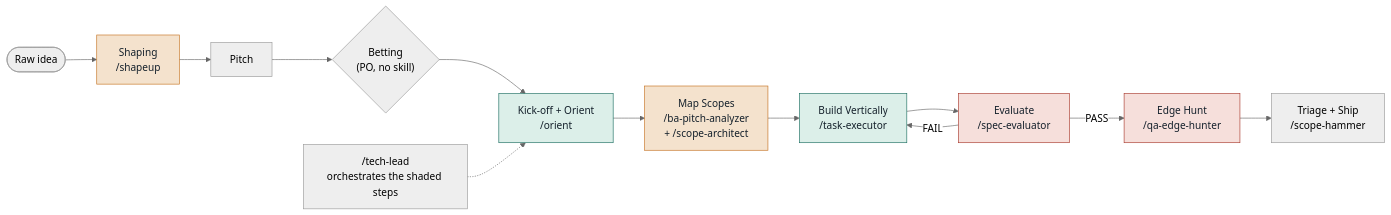
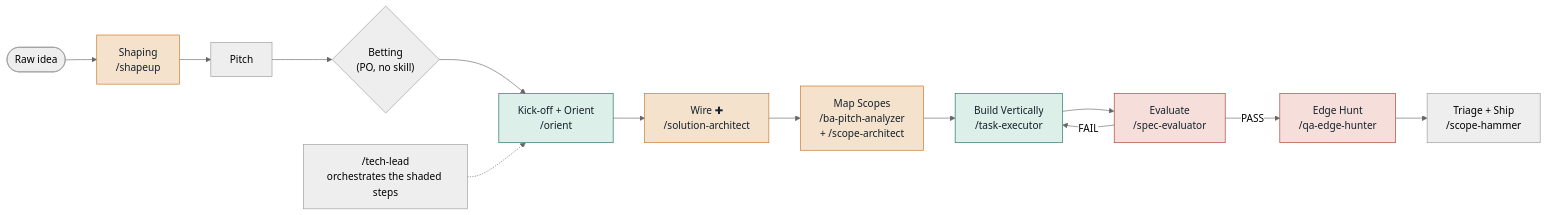
One commit to nguyenvanphituoc/shapeup-sdlc-plugin changed the diagram in docs/design/02-high-level-design.md. Above: the diagram before and after it, drawn with Mermaid (neutral theme). The commit also changed other lines of this file and 47 other files, not shown here.

````diff
--- a/docs/design/02-high-level-design.md
+++ b/docs/design/02-high-level-design.md
@@ -11,21 +11,22 @@
 ```mermaid
 graph LR
     A(["Raw idea"]) --> S["Shaping\n/shapeup"]
     S --> P["Pitch"]
     P --> BET{"Betting\n(PO, no skill)"}
     BET --> KO["Kick-off + Orient\n/orient"]
-    KO --> MAP["Map Scopes\n/ba-pitch-analyzer\n+ /scope-architect"]
+    KO --> WIRE["Wire ✚\n/solution-architect"]
+    WIRE --> MAP["Map Scopes\n/ba-pitch-analyzer\n+ /scope-architect"]
     MAP --> BUILD["Build Vertically\n/task-executor"]
     BUILD --> EVAL["Evaluate\n/spec-evaluator"]
     EVAL -- FAIL --> BUILD
     EVAL -- PASS --> QA["Edge Hunt\n/qa-edge-hunter"]
     QA --> SHIP["Triage + Ship\n/scope-hammer"]
     TL["/tech-lead\norchestrates the shaded steps"] -.-> KO
 
     classDef plan fill:#f4e2cd,stroke:#c4711f,color:#14202b;
     classDef build fill:#dcefe9,stroke:#1a6d60,color:#14202b;
     classDef qa fill:#f6dfdb,stroke:#a8382c,color:#14202b;
-    class S,MAP plan;
+    class S,WIRE,MAP plan;
     class KO,BUILD build;
     class QA,EVAL qa;
 ```
````
